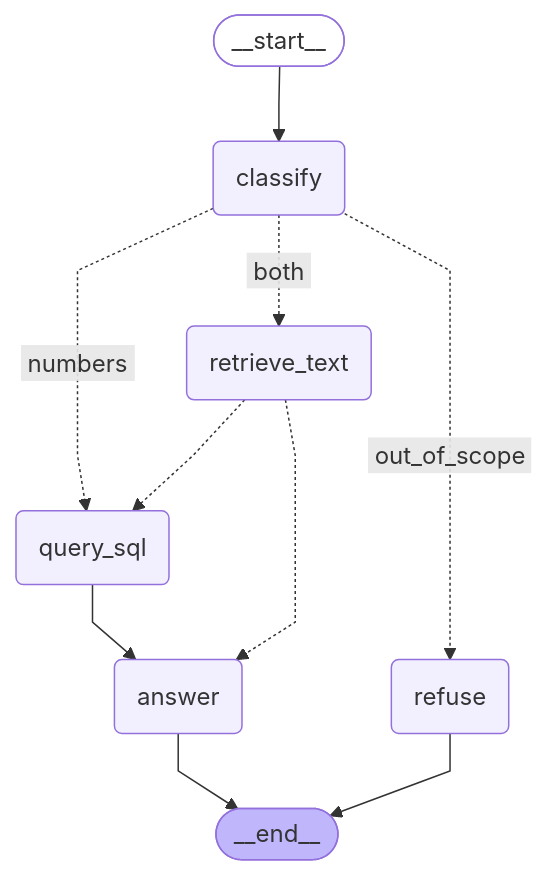
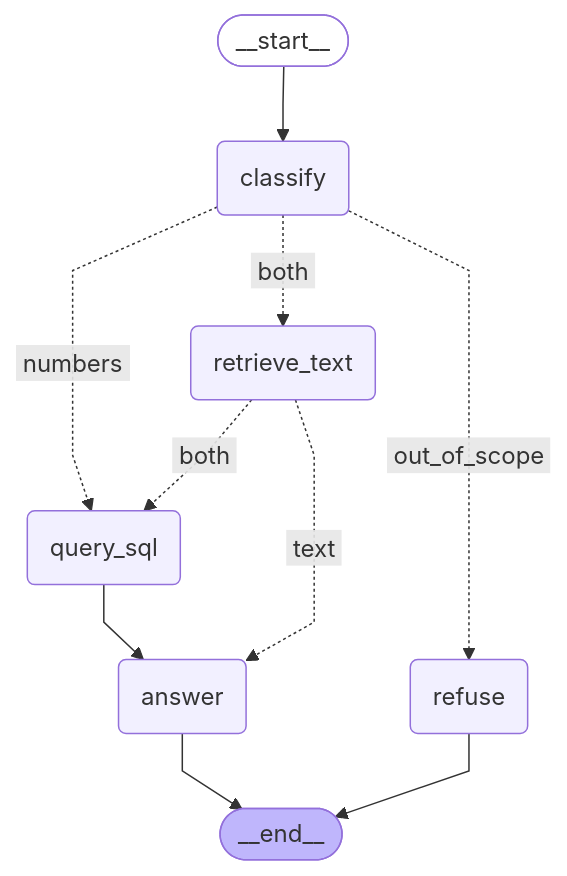
Before and after one commit to andresm-data/data-financial_analyst_agent: the second of 2 diagrams in docs/agent_graph.md, drawn with Mermaid. The commit also changed other lines of this file and 2 other files, not shown here.

Commit message:
refactor(agent): label retrieve_text edges with route names to match the design

````diff
--- a/docs/agent_graph.md
+++ b/docs/agent_graph.md
@@ -73,27 +75,27 @@
 ```mermaid
 ---
 config:
   flowchart:
     curve: linear
 ---
 graph TD;
 	__start__([<p>__start__</p>]):::first
 	classify(classify)
 	retrieve_text(retrieve_text)
 	query_sql(query_sql)
 	refuse(refuse)
 	answer(answer)
 	__end__([<p>__end__</p>]):::last
 	__start__ --> classify;
 	classify -. &nbsp;numbers&nbsp; .-> query_sql;
 	classify -. &nbsp;out_of_scope&nbsp; .-> refuse;
 	classify -. &nbsp;both&nbsp; .-> retrieve_text;
 	query_sql --> answer;
-	retrieve_text -.-> answer;
-	retrieve_text -.-> query_sql;
+	retrieve_text -. &nbsp;text&nbsp; .-> answer;
+	retrieve_text -. &nbsp;both&nbsp; .-> query_sql;
 	answer --> __end__;
 	refuse --> __end__;
 	classDef default fill:#f2f0ff,line-height:1.2
 	classDef first fill-opacity:0
 	classDef last fill:#bfb6fc
 ```
````
